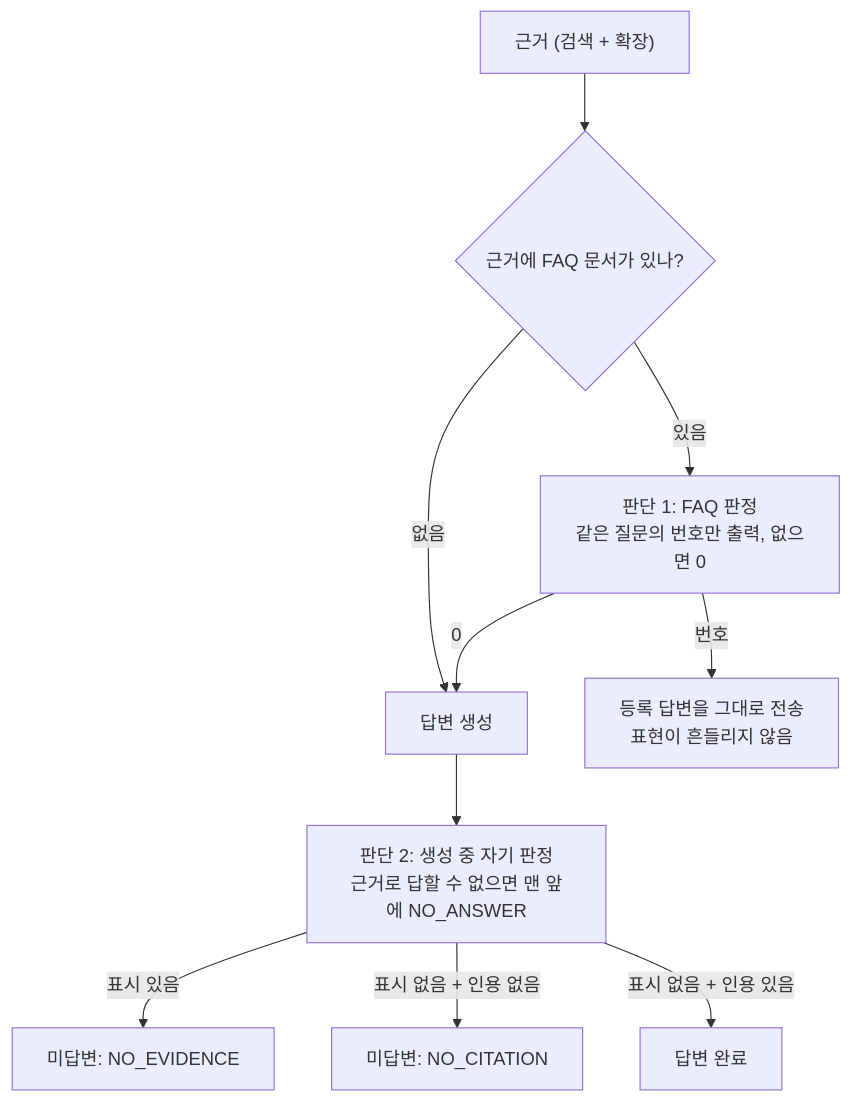
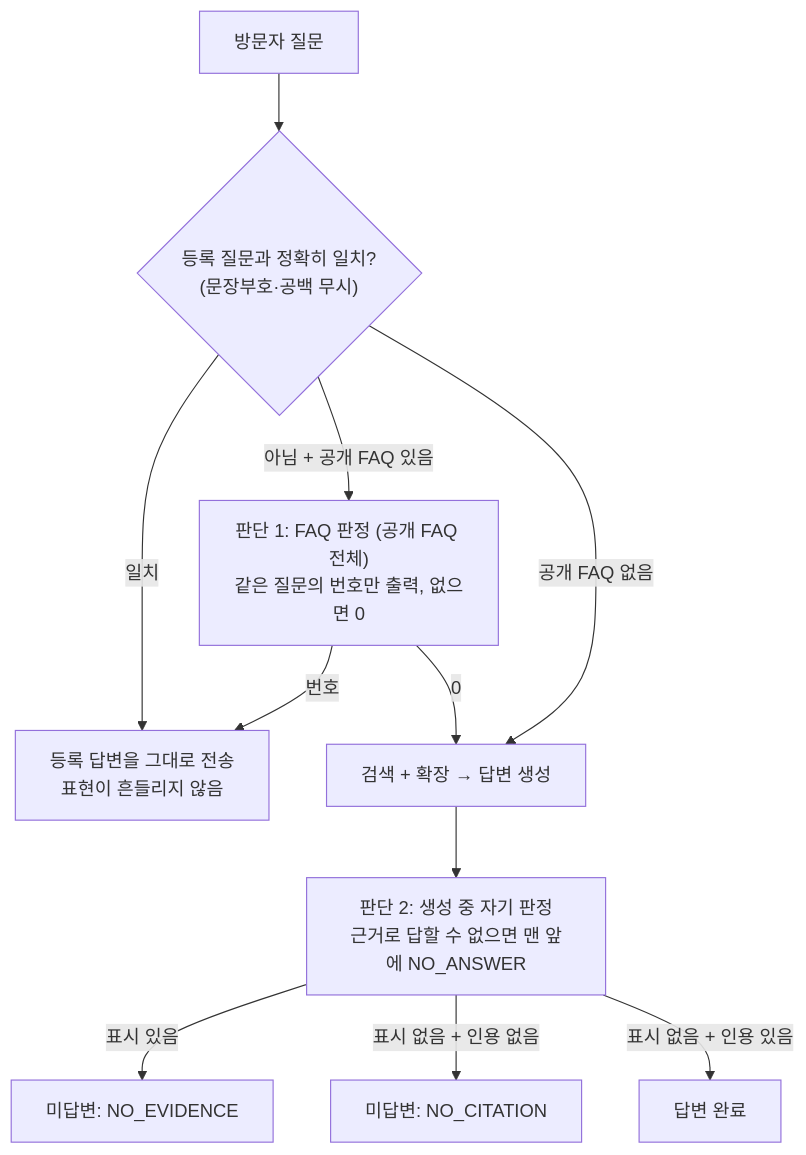
Before and after one commit to sonic0506/sonic-portfolio-ai-workspace: the eighth of 12 diagrams in docs/02-design/RAG_ARCHITECTURE_OVERVIEW.md, drawn with Mermaid. The commit also changed other lines of this file and 6 other files, not shown here.

````diff
--- a/docs/02-design/RAG_ARCHITECTURE_OVERVIEW.md
+++ b/docs/02-design/RAG_ARCHITECTURE_OVERVIEW.md
@@ -429,18 +428,19 @@
 ```mermaid
 flowchart TD
 
-    EV["근거 (검색 + 확장)"]
+    Q["방문자 질문"]
 
-    EV --> HASFAQ{"근거에 FAQ 문서가 있나?"}
-    HASFAQ -->|"없음"| GEN
-    HASFAQ -->|"있음"| J1["판단 1: FAQ 판정<br/>같은 질문의 번호만 출력, 없으면 0"]
+    Q --> EXACT{"등록 질문과 정확히 일치?<br/>(문장부호·공백 무시)"}
+    EXACT -->|"일치"| FIXED["등록 답변을 그대로 전송<br/>표현이 흔들리지 않음"]
+    EXACT -->|"아님 + 공개 FAQ 있음"| J1["판단 1: FAQ 판정 (공개 FAQ 전체)<br/>같은 질문의 번호만 출력, 없으면 0"]
+    EXACT -->|"공개 FAQ 없음"| GEN
 
-    J1 -->|"번호"| FIXED["등록 답변을 그대로 전송<br/>표현이 흔들리지 않음"]
-    J1 -->|"0"| GEN["답변 생성"]
+    J1 -->|"번호"| FIXED
+    J1 -->|"0"| GEN["검색 + 확장 → 답변 생성"]
 
     GEN --> J2["판단 2: 생성 중 자기 판정<br/>근거로 답할 수 없으면 맨 앞에 NO_ANSWER"]
 
     J2 -->|"표시 있음"| U1["미답변: NO_EVIDENCE"]
     J2 -->|"표시 없음 + 인용 없음"| U2["미답변: NO_CITATION"]
     J2 -->|"표시 없음 + 인용 있음"| OK["답변 완료"]
 ```
````
